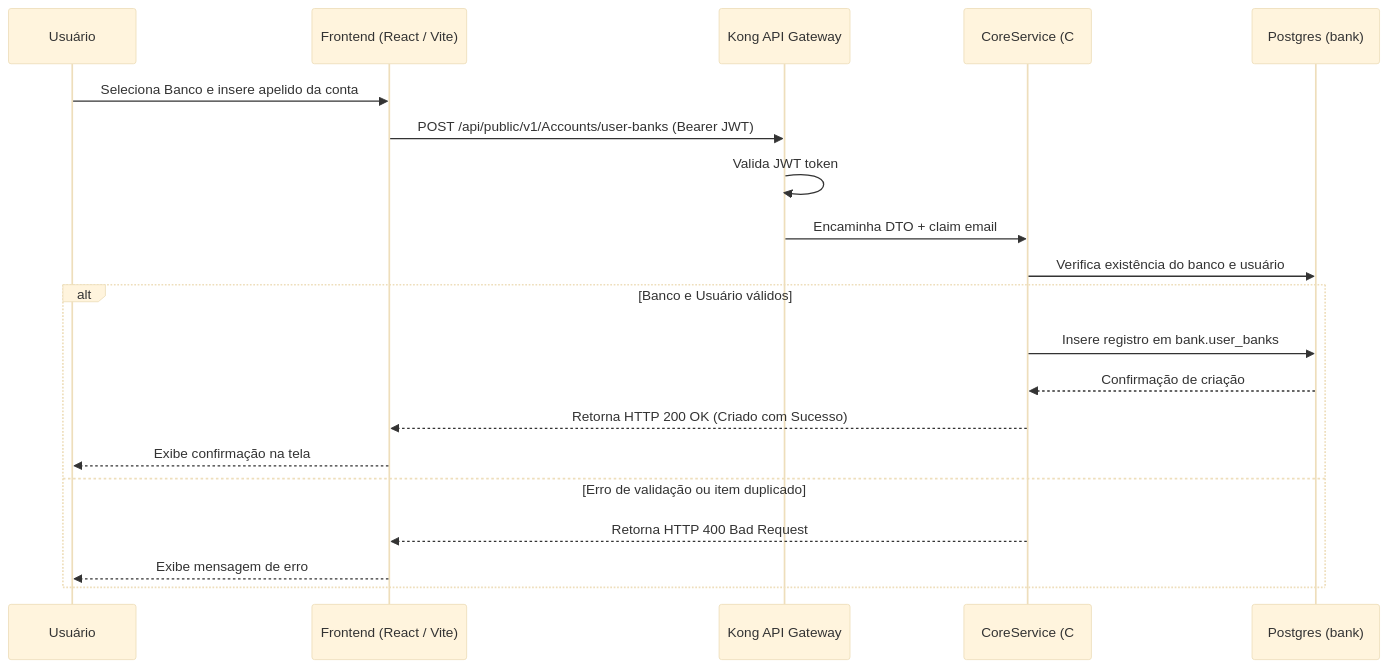
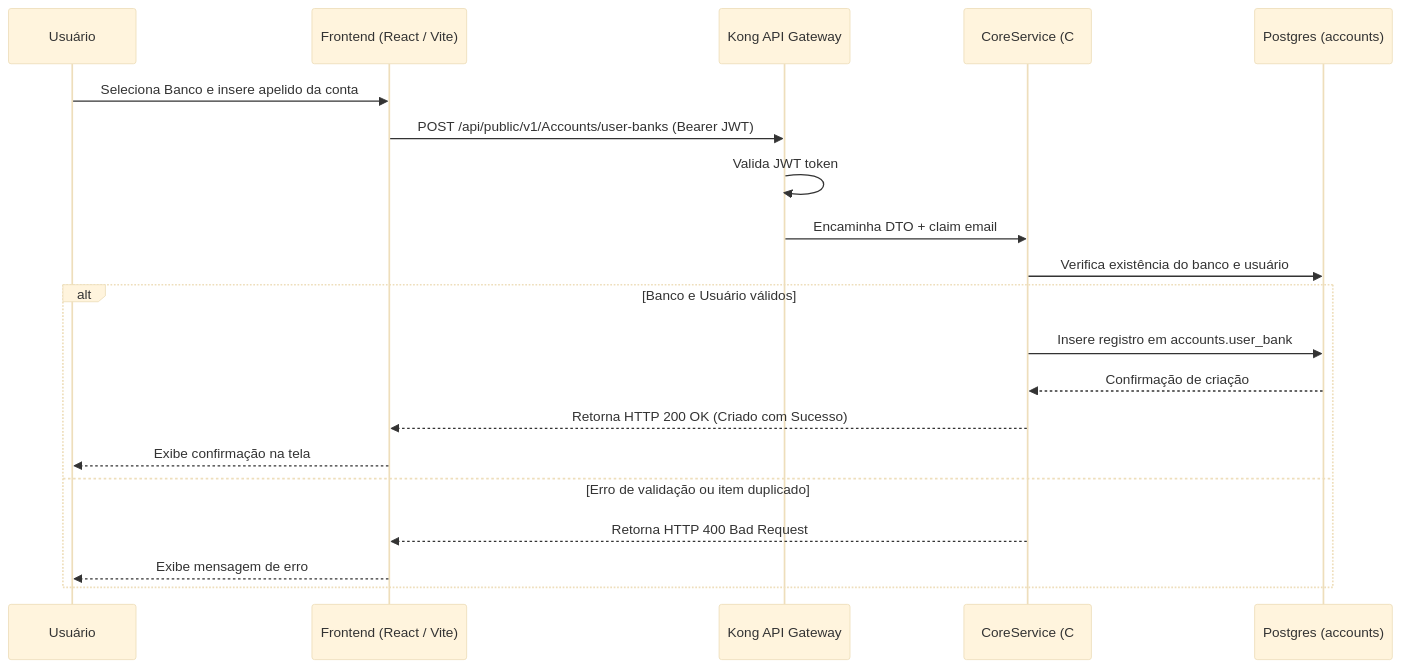
The second of 6 diagrams in docs/config/docs/content/FluxosNegocio/about.md (pedrovtof/Nievo-easy-fin), drawn with Mermaid (base theme) before and after one commit. The commit also changed other lines of this file and 12 other files, not shown here.

````diff
--- a/docs/config/docs/content/FluxosNegocio/about.md
+++ b/docs/config/docs/content/FluxosNegocio/about.md
@@ -86,23 +86,23 @@
 ```mermaid
 sequenceDiagram
     participant Usuario as Usuário
     participant Frontend as Frontend (React / Vite)
     participant Kong as Kong API Gateway
     participant Core as CoreService (C#)
-    participant DB as Postgres (bank)
+    participant DB as Postgres (accounts)
 
     Usuario->>Frontend: Seleciona Banco e insere apelido da conta
     Frontend->>Kong: POST /api/public/v1/Accounts/user-banks (Bearer JWT)
     Kong->>Kong: Valida JWT token
     Kong->>Core: Encaminha DTO + claim email
     Core->>DB: Verifica existência do banco e usuário
     alt Banco e Usuário válidos
-        Core->>DB: Insere registro em bank.user_banks
+        Core->>DB: Insere registro em accounts.user_bank
         DB-->>Core: Confirmação de criação
         Core-->>Frontend: Retorna HTTP 200 OK (Criado com Sucesso)
         Frontend-->>Usuario: Exibe confirmação na tela
     else Erro de validação ou item duplicado
         Core-->>Frontend: Retorna HTTP 400 Bad Request
         Frontend-->>Usuario: Exibe mensagem de erro
     end
 ```
````
